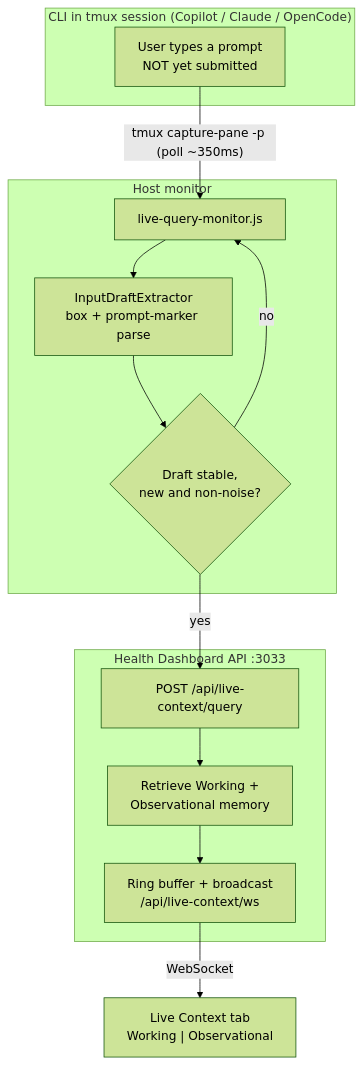
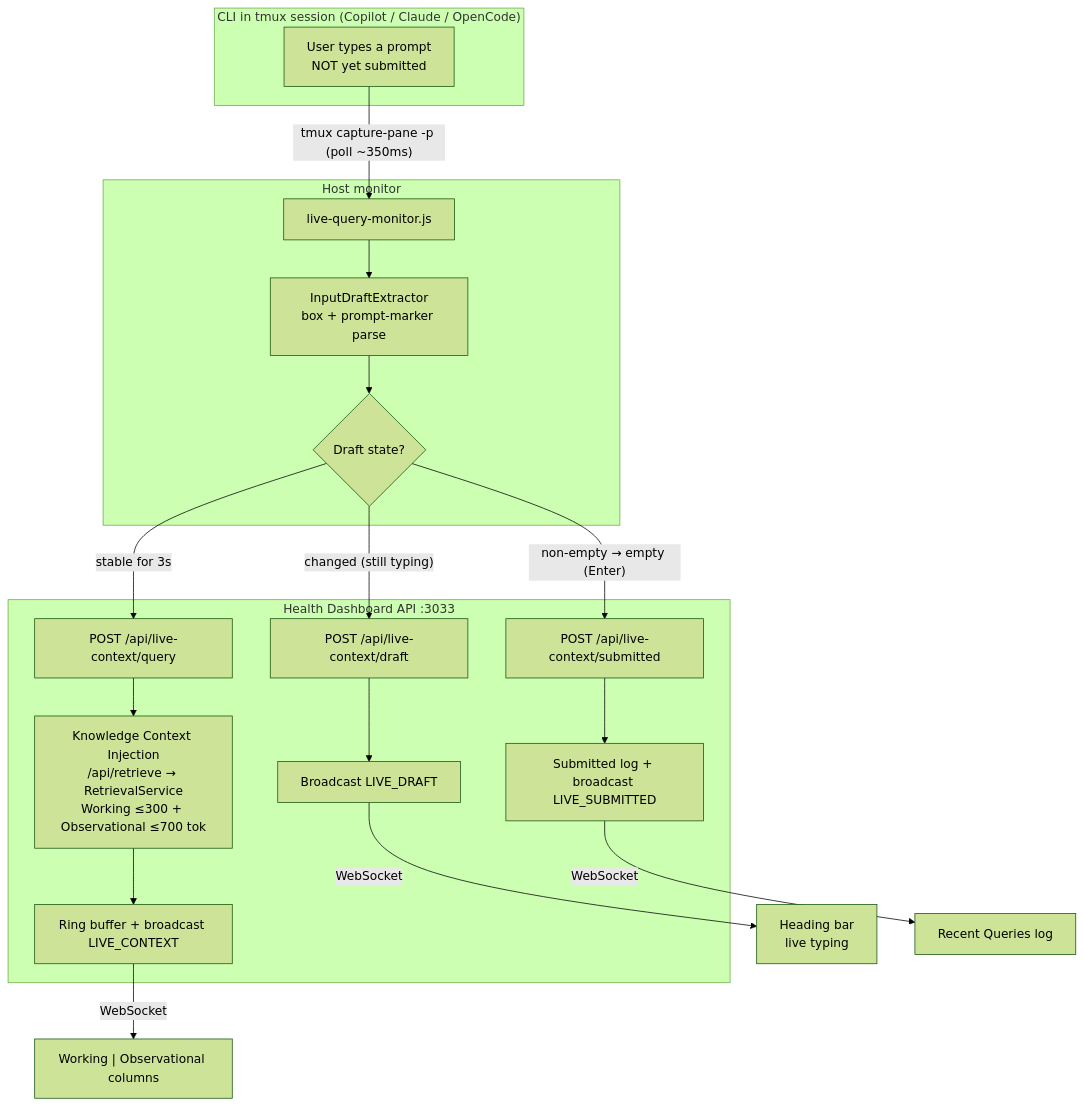
One commit to ritwik-ghosh09/Agent-Agnostic-Observational-Memory changed the second of 2 diagrams in README.md. Above: the diagram before and after it, drawn with Mermaid (forest theme). The commit also changed other lines of this file, not shown here.

Commit message:
docs(live-context): document 3s debounce + three-zone Live Context tab
- update How-it-works: draft stream to heading, 3s debounce retrieval, submitted log
- note Working ≤300 / Observational ≤700 token split via Knowledge Context Injection
- redraw Mermaid diagram for draft/query/submitted channels and three UI zones

````diff
--- a/README.md
+++ b/README.md
@@ -396,23 +397,28 @@
 ```mermaid
 graph TD
     subgraph CLI["CLI in tmux session (Copilot / Claude / OpenCode)"]
         A["User types a prompt<br/>NOT yet submitted"]
     end
 
     A -->|"tmux capture-pane -p (poll ~350ms)"| B["live-query-monitor.js"]
 
     subgraph MON["Host monitor"]
         B --> C["InputDraftExtractor<br/>box + prompt-marker parse"]
-        C --> D{"Draft stable,<br/>new and non-noise?"}
+        C --> D{"Draft state?"}
     end
 
-    D -->|no| B
-    D -->|yes| E["POST /api/live-context/query"]
+    D -->|"changed (still typing)"| E["POST /api/live-context/draft"]
+    D -->|"stable for 3s"| F["POST /api/live-context/query"]
+    D -->|"non-empty → empty (Enter)"| G["POST /api/live-context/submitted"]
 
     subgraph DASH["Health Dashboard API :3033"]
-        E --> F["Retrieve Working +<br/>Observational memory"]
-        F --> G["Ring buffer + broadcast<br/>/api/live-context/ws"]
+        E --> H["Broadcast LIVE_DRAFT"]
+        F --> I["Knowledge Context Injection<br/>/api/retrieve → RetrievalService<br/>Working ≤300 + Observational ≤700 tok"]
+        I --> J["Ring buffer + broadcast LIVE_CONTEXT"]
+        G --> K["Submitted log + broadcast LIVE_SUBMITTED"]
     end
 
-    G -->|WebSocket| H["Live Context tab<br/>Working | Observational"]
+    H -->|WebSocket| L["Heading bar<br/>live typing"]
+    J -->|WebSocket| M["Working | Observational columns"]
+    K -->|WebSocket| N["Recent Queries log"]
 ```
````
